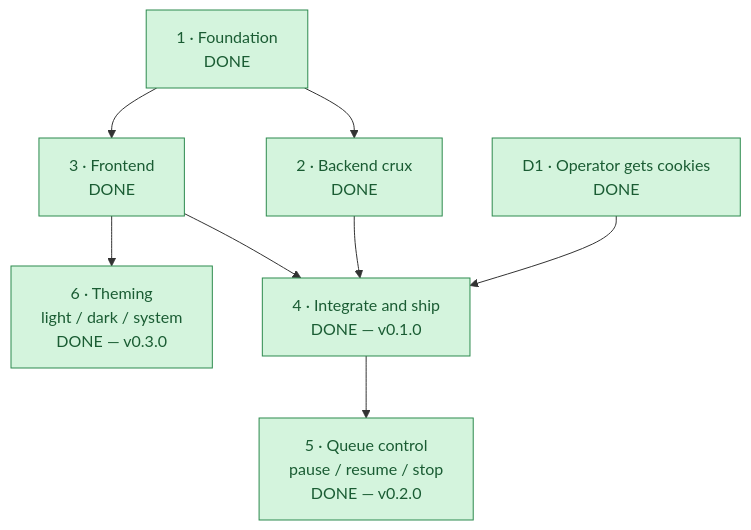
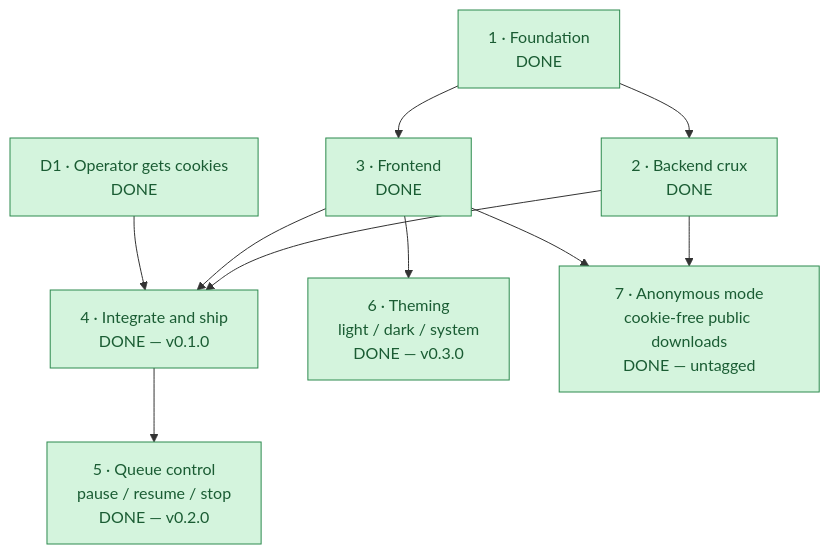
Before and after one commit to lumduan/gallery-dl-web: the diagram in ROADMAP.md, drawn with Mermaid. The commit also changed other lines of this file and 20 other files, not shown here.

First line of the commit message:
feat(jobs): add anonymous (cookie-free) download mode (#1)

````diff
--- a/ROADMAP.md
+++ b/ROADMAP.md
@@ -8,22 +8,25 @@
 ```mermaid
 flowchart TD
     P1["1 · Foundation<br/>DONE"] --> P2["2 · Backend crux<br/>DONE"]
     P1 --> P3["3 · Frontend<br/>DONE"]
     P2 --> P4["4 · Integrate and ship<br/>DONE — v0.1.0"]
     P3 --> P4
     D1["D1 · Operator gets cookies<br/>DONE"] --> P4
     P4 --> P5["5 · Queue control<br/>pause / resume / stop<br/>DONE — v0.2.0"]
     P3 --> P6["6 · Theming<br/>light / dark / system<br/>DONE — v0.3.0"]
+    P2 --> P7["7 · Anonymous mode<br/>cookie-free public downloads<br/>DONE — untagged"]
+    P3 --> P7
 
     classDef done     fill:#d4f4dd,stroke:#2d8a4e,color:#1a5c33
     classDef active   fill:#fff3cd,stroke:#cc9a06,color:#7a5c04
     classDef decision fill:#fde0e0,stroke:#d05555,color:#8f2e2e
 
     class P1 done
     class P2 done
     class P3 done
     class P4 done
     class P5 done
     class P6 done
     class D1 done
+    class P7 done
 ```
````
